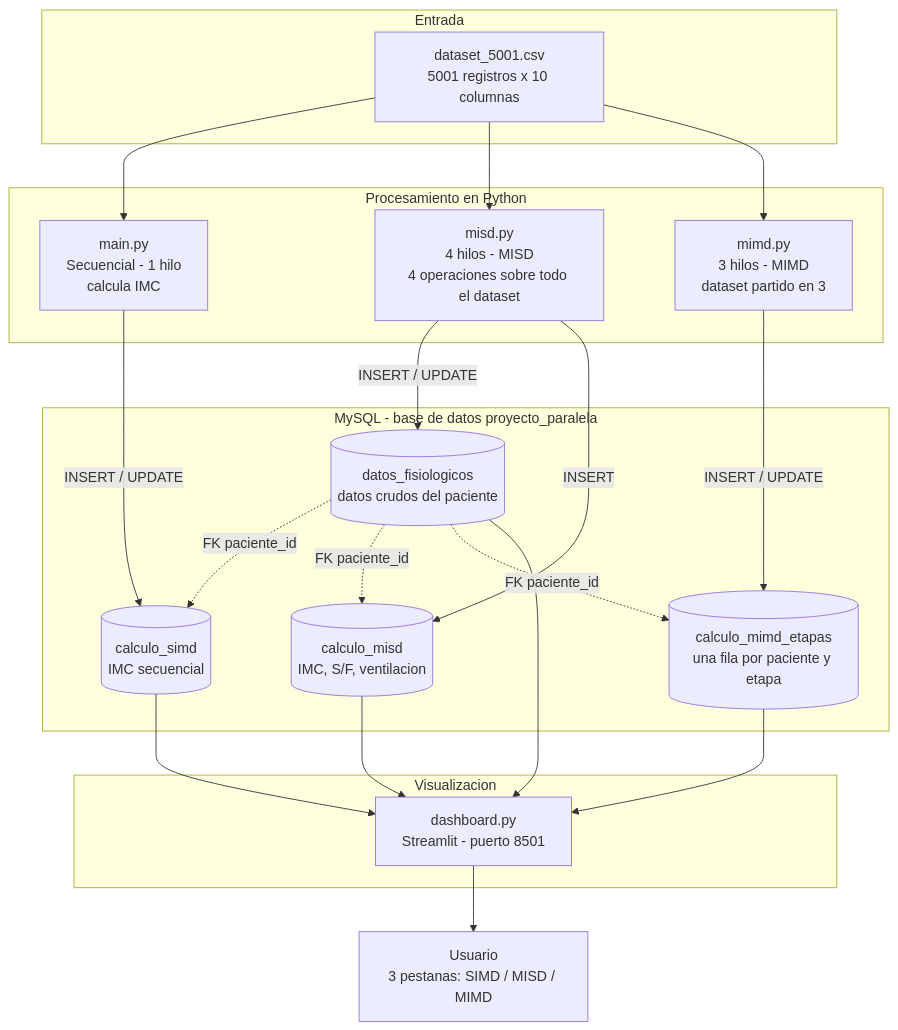
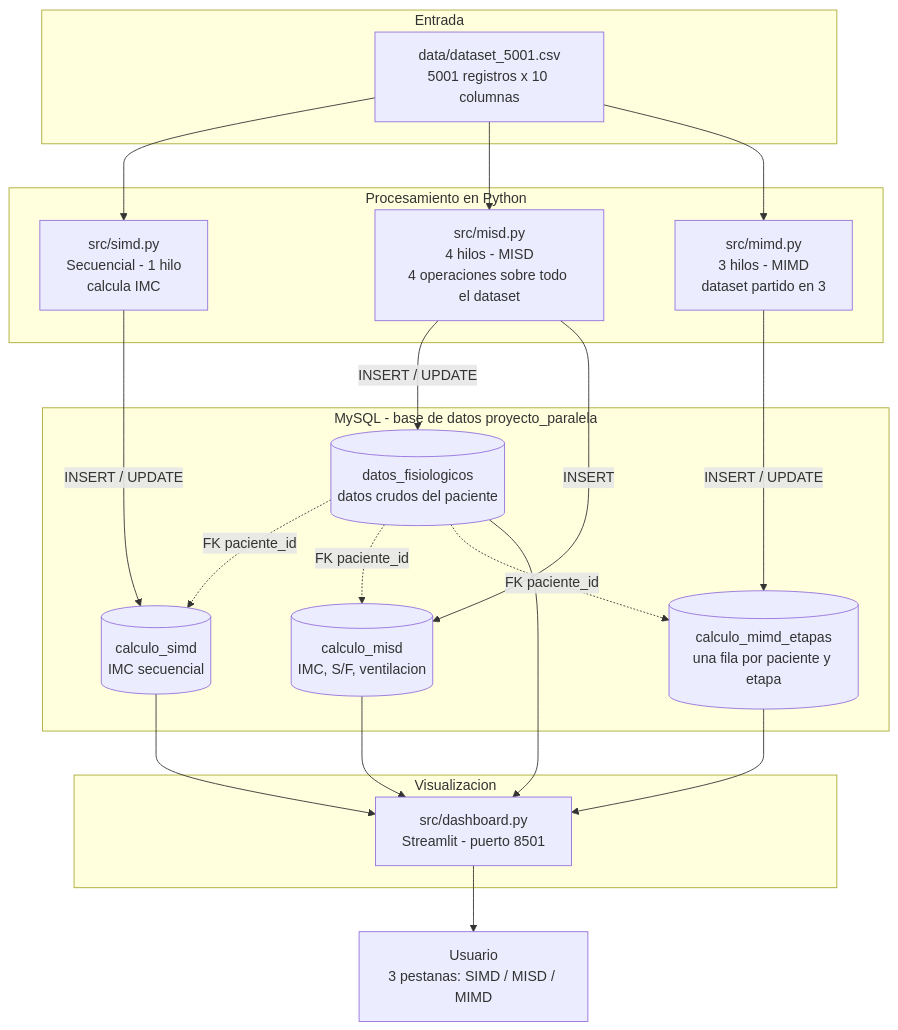
The first of 7 diagrams in diagramas/README.md (DTiupul/Proyecto_Computacion_Paralela), drawn with Mermaid before and after one commit. The commit also changed other lines of this file and 22 other files, not shown here.

````diff
--- a/diagramas/README.md
+++ b/diagramas/README.md
@@ -30,43 +30,43 @@
 ```mermaid
 flowchart TB
     subgraph ENTRADA["Entrada"]
-        CSV["dataset_5001.csv<br/>5001 registros x 10 columnas"]
+        CSV["data/dataset_5001.csv<br/>5001 registros x 10 columnas"]
     end
 
     subgraph PROC["Procesamiento en Python"]
-        MAIN["main.py<br/>Secuencial - 1 hilo<br/>calcula IMC"]
-        MISD["misd.py<br/>4 hilos - MISD<br/>4 operaciones sobre todo el dataset"]
-        MIMD["mimd.py<br/>3 hilos - MIMD<br/>dataset partido en 3"]
+        SIMD["src/simd.py<br/>Secuencial - 1 hilo<br/>calcula IMC"]
+        MISD["src/misd.py<br/>4 hilos - MISD<br/>4 operaciones sobre todo el dataset"]
+        MIMD["src/mimd.py<br/>3 hilos - MIMD<br/>dataset partido en 3"]
     end
 
     subgraph BD["MySQL - base de datos proyecto_paralela"]
         DF[("datos_fisiologicos<br/>datos crudos del paciente")]
         CS[("calculo_simd<br/>IMC secuencial")]
         CM[("calculo_misd<br/>IMC, S/F, ventilacion")]
         CME[("calculo_mimd_etapas<br/>una fila por paciente y etapa")]
     end
 
     subgraph VIS["Visualizacion"]
-        DASH["dashboard.py<br/>Streamlit - puerto 8501"]
+        DASH["src/dashboard.py<br/>Streamlit - puerto 8501"]
     end
 
-    CSV --> MAIN
+    CSV --> SIMD
     CSV --> MISD
     CSV --> MIMD
 
     MISD -->|"INSERT / UPDATE"| DF
     MISD -->|"INSERT"| CM
-    MAIN -->|"INSERT / UPDATE"| CS
+    SIMD -->|"INSERT / UPDATE"| CS
     MIMD -->|"INSERT / UPDATE"| CME
 
     DF -.->|"FK paciente_id"| CS
     DF -.->|"FK paciente_id"| CM
     DF -.->|"FK paciente_id"| CME
 
     DF --> DASH
     CS --> DASH
     CM --> DASH
     CME --> DASH
 
     DASH --> USR["Usuario<br/>3 pestanas: SIMD / MISD / MIMD"]
 ```
````
